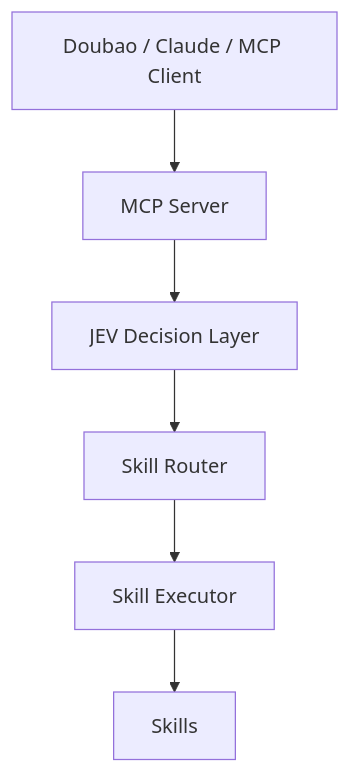
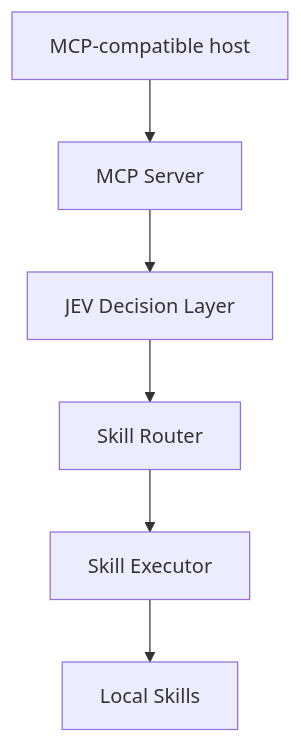
One commit to qinpei-dev/Doubao-jev-agent changed the diagram in README.md. Above: the diagram before and after it, drawn with Mermaid. The commit also changed other lines of this file and 3 other files, not shown here.

````diff
--- a/README.md
+++ b/README.md
@@ -13,15 +45,15 @@
 ```mermaid
 flowchart TD
-    A[Doubao / Claude / MCP Client]
+    A[MCP-compatible host]
     B[MCP Server]
     C[JEV Decision Layer]
     D[Skill Router]
     E[Skill Executor]
-    F[Skills]
+    F[Local Skills]
 
     A --> B
     B --> C
     C --> D
     D --> E
     E --> F
 ```
````
